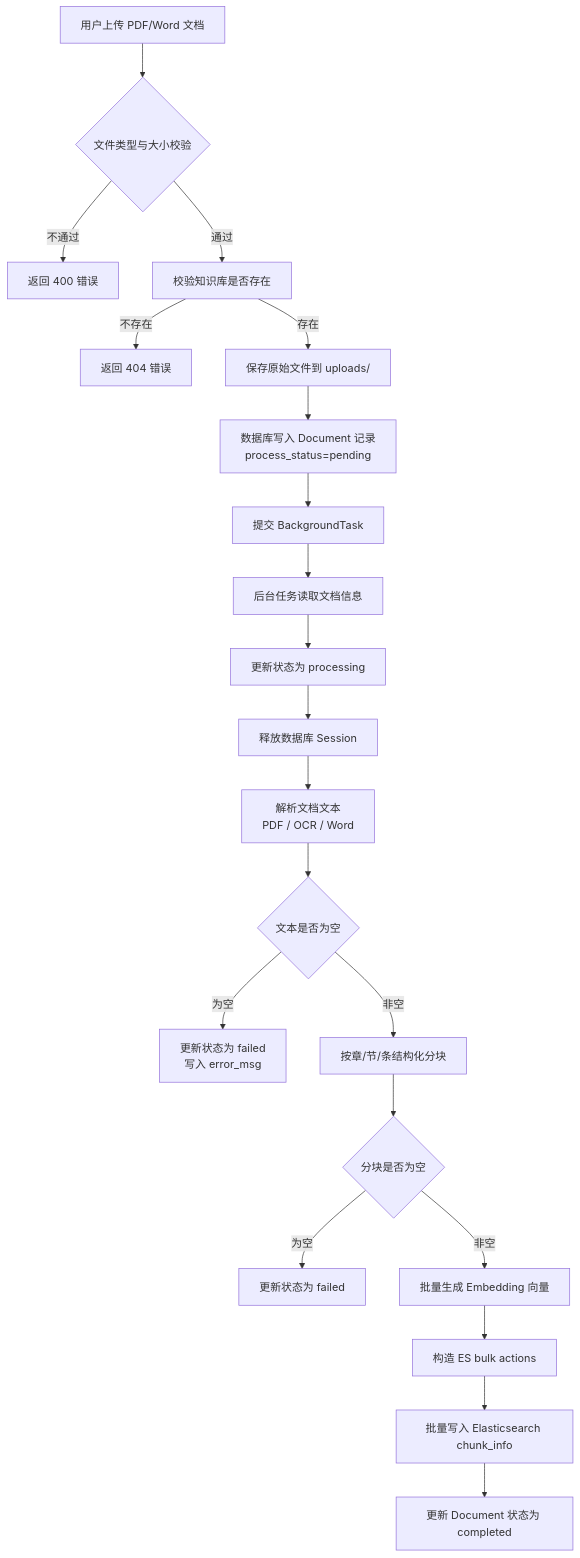
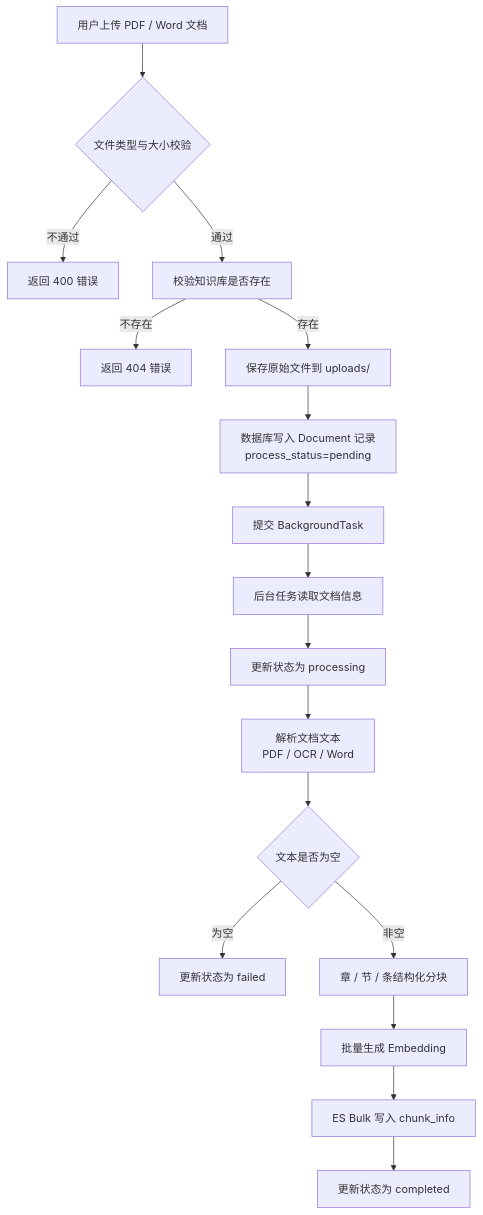
One commit to zwh-W/gov_rag changed the second of 3 diagrams in README.md. Above: the diagram before and after it, drawn with Mermaid. The commit also changed other lines of this file and 2 other files, not shown here.

````diff
--- a/README.md
+++ b/README.md
@@ -153,23 +129,19 @@
 ```mermaid
 flowchart TD
-    A[用户上传 PDF/Word 文档] --> B{文件类型与大小校验}
+    A[用户上传 PDF / Word 文档] --> B{文件类型与大小校验}
     B -->|不通过| B1[返回 400 错误]
     B -->|通过| C[校验知识库是否存在]
     C -->|不存在| C1[返回 404 错误]
     C -->|存在| D[保存原始文件到 uploads/]
     D --> E[数据库写入 Document 记录\nprocess_status=pending]
     E --> F[提交 BackgroundTask]
     F --> G[后台任务读取文档信息]
     G --> H[更新状态为 processing]
-    H --> I[释放数据库 Session]
-    I --> J[解析文档文本\nPDF / OCR / Word]
-    J --> K{文本是否为空}
-    K -->|为空| K1[更新状态为 failed\n写入 error_msg]
-    K -->|非空| L[按章/节/条结构化分块]
-    L --> M{分块是否为空}
-    M -->|为空| M1[更新状态为 failed]
-    M -->|非空| N[批量生成 Embedding 向量]
-    N --> O[构造 ES bulk actions]
-    O --> P[批量写入 Elasticsearch chunk_info]
-    P --> Q[更新 Document 状态为 completed]
+    H --> I[解析文档文本\nPDF / OCR / Word]
+    I --> J{文本是否为空}
+    J -->|为空| J1[更新状态为 failed]
+    J -->|非空| K[章 / 节 / 条结构化分块]
+    K --> L[批量生成 Embedding]
+    L --> M[ES Bulk 写入 chunk_info]
+    M --> N[更新状态为 completed]
 ```
````
